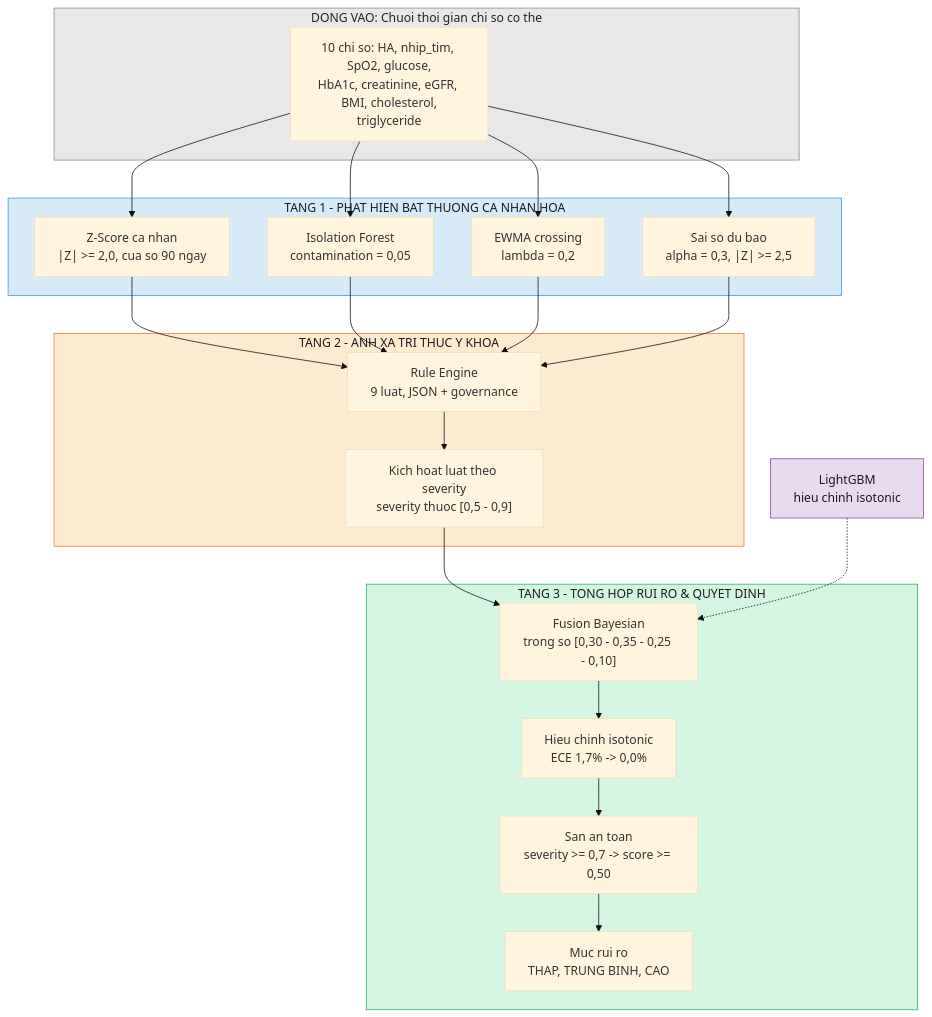
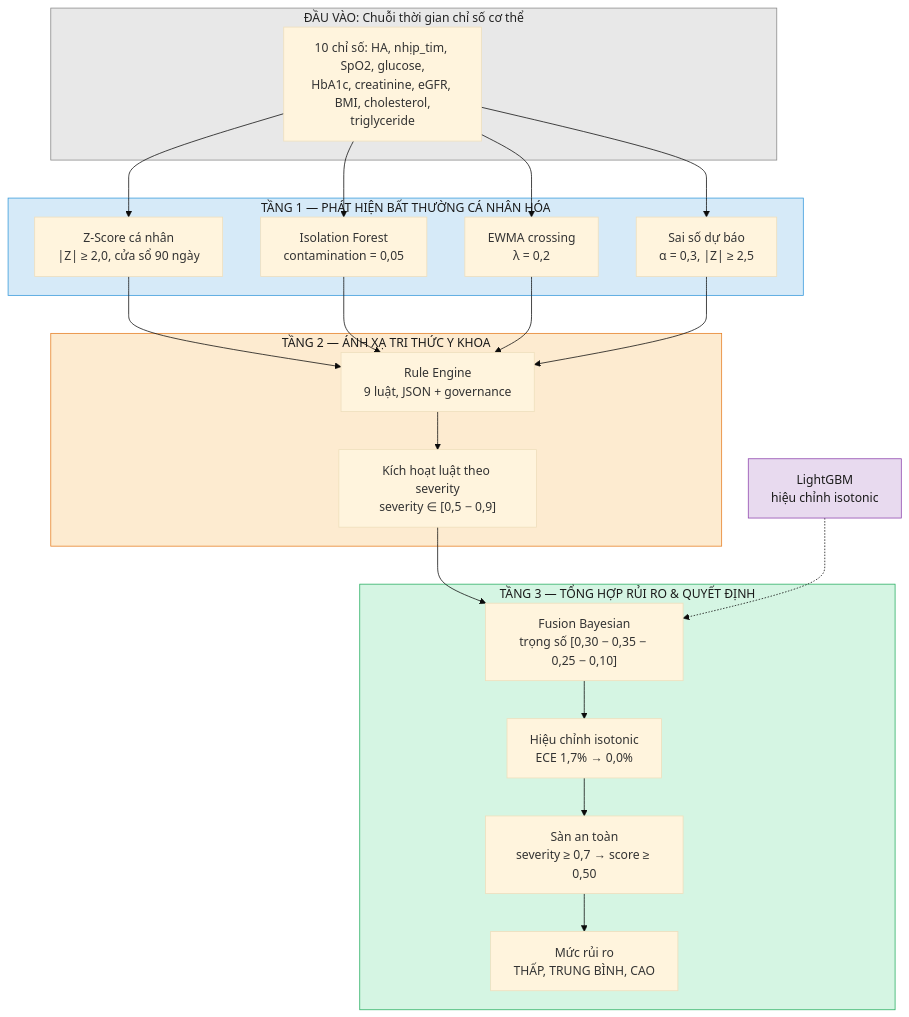
One commit to dotlinux26/health-risk-early-warning changed the diagram in docs/figures/fig7_architecture_3d.mmd. Above: the diagram before and after it, drawn with Mermaid (base theme). The commit also changed 8 other files, not shown here.

Commit message:
fig7-10: đổi sang mermaid block, tiếng Việt đủ dấu, bỏ nền; xóa plot matplotlib

```diff
--- a/docs/figures/fig7_architecture_3d.mmd
+++ b/docs/figures/fig7_architecture_3d.mmd
@@ -1,59 +1,46 @@
 flowchart TB
-    subgraph IN["DONG VAO: Chuoi thoi gian chi so co the"]
-        A["10 chi so: HA, nhip_tim, SpO2, glucose,
-HbA1c, creatinine, eGFR, BMI, cholesterol,
-triglyceride"]
+    subgraph IN["ĐẦU VÀO: Chuỗi thời gian chỉ số cơ thể"]
+        A["10 chỉ số: HA, nhịp_tim, SpO2, glucose,<br/>HbA1c, creatinine, eGFR, BMI, cholesterol,<br/>triglyceride"]
     end
 
-    subgraph T1["TANG 1 - PHAT HIEN BAT THUONG CA NHAN HOA"]
-        T1A["Z-Score ca nhan
-|Z| >= 2,0, cua so 90 ngay"]
-        T1B["Isolation Forest
-contamination = 0,05"]
-        T1C["EWMA crossing
-lambda = 0,2"]
-        T1D["Sai so du bao
-alpha = 0,3, |Z| >= 2,5"]
+    subgraph T1["TẦNG 1 — PHÁT HIỆN BẤT THƯỜNG CÁ NHÂN HÓA"]
+        T1A["Z-Score cá nhân<br/>|Z| ≥ 2,0, cửa sổ 90 ngày"]
+        T1B["Isolation Forest<br/>contamination = 0,05"]
+        T1C["EWMA crossing<br/>λ = 0,2"]
+        T1D["Sai số dự báo<br/>α = 0,3, |Z| ≥ 2,5"]
     end
 
-    subgraph T2["TANG 2 - ANH XA TRI THUC Y KHOA"]
-        T2A["Rule Engine
-9 luat, JSON + governance"]
-        T2B["Kich hoat luat theo severity
-severity thuoc [0,5 - 0,9]"]
+    subgraph T2["TẦNG 2 — ÁNH XẠ TRI THỨC Y KHOA"]
+        T2A["Rule Engine<br/>9 luật, JSON + governance"]
+        T2B["Kích hoạt luật theo severity<br/>severity ∈ [0,5 − 0,9]"]
     end
 
-    subgraph T3["TANG 3 - TONG HOP RUI RO & QUYET DINH"]
-        T3A["Fusion Bayesian
-trong so [0,30 - 0,35 - 0,25 - 0,10]"]
-        T3B["Hieu chinh isotonic
-ECE 1,7% -> 0,0%"]
-        T3C["San an toan
-severity >= 0,7 -> score >= 0,50"]
-        T3D["Muc rui ro
-THAP, TRUNG BINH, CAO"]
+    subgraph T3["TẦNG 3 — TỔNG HỢP RỦI RO & QUYẾT ĐỊNH"]
+        T3A["Fusion Bayesian<br/>trọng số [0,30 − 0,35 − 0,25 − 0,10]"]
+        T3B["Hiệu chỉnh isotonic<br/>ECE 1,7% → 0,0%"]
+        T3C["Sàn an toàn<br/>severity ≥ 0,7 → score ≥ 0,50"]
+        T3D["Mức rủi ro<br/>THẤP, TRUNG BÌNH, CAO"]
     end
 
-    ML["LightGBM
-hieu chinh isotonic"]
+    ML["LightGBM<br/>hiệu chỉnh isotonic"]
 
     A --> T1A
     A --> T1B
     A --> T1C
     A --> T1D
     T1A --> T2A
     T1B --> T2A
     T1C --> T2A
     T1D --> T2A
     T2A --> T2B
     T2B --> T3A
     ML -.-> T3A
     T3A --> T3B
     T3B --> T3C
     T3C --> T3D
 
     style IN fill:#e8e8e8,stroke:#888888,color:#222222
     style T1 fill:#d6eaf8,stroke:#3498db,color:#1a1a1a
     style T2 fill:#fdebd0,stroke:#e67e22,color:#1a1a1a
     style T3 fill:#d5f5e3,stroke:#27ae60,color:#1a1a1a
     style ML fill:#e8daef,stroke:#8e44ad,color:#1a1a1a
```
